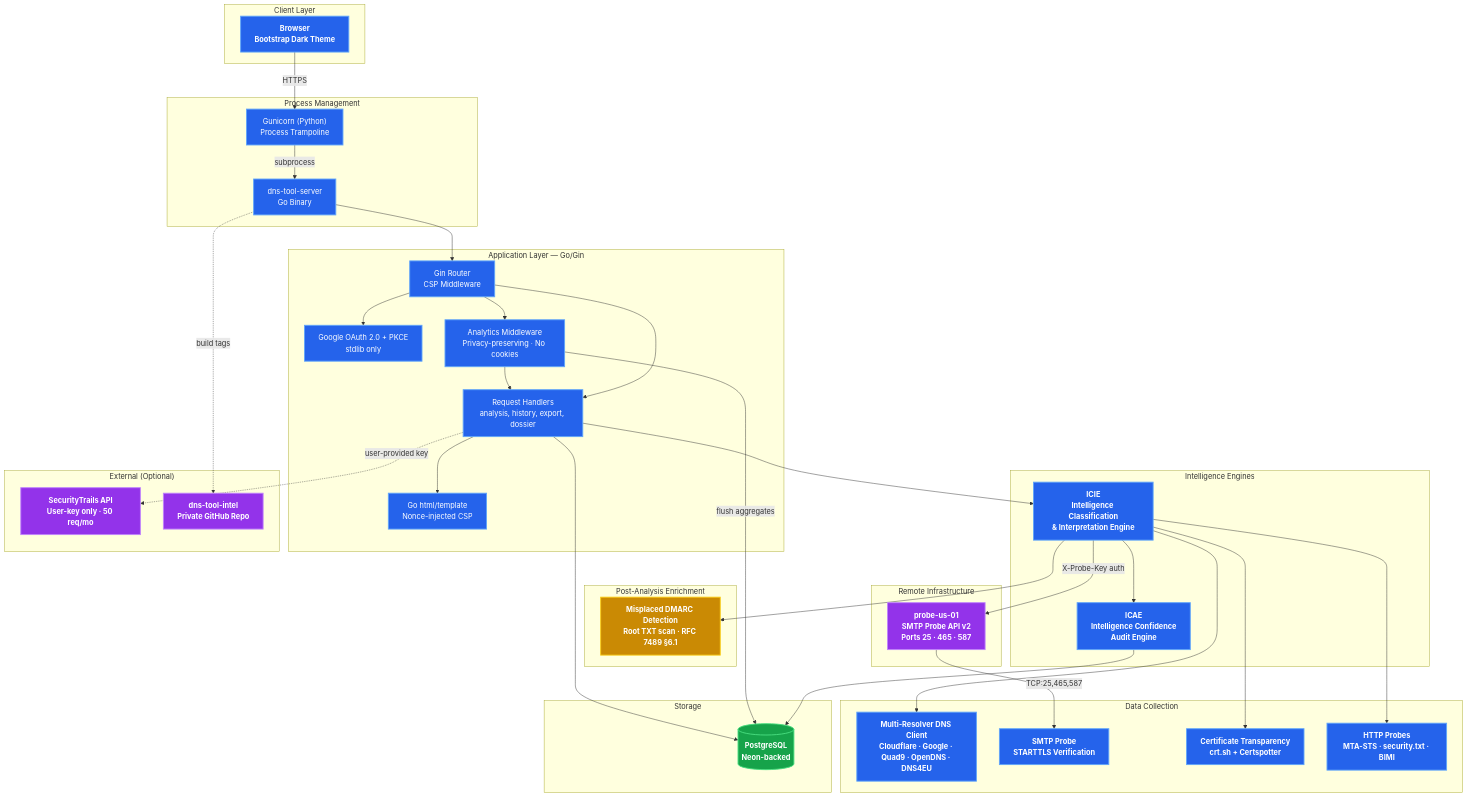
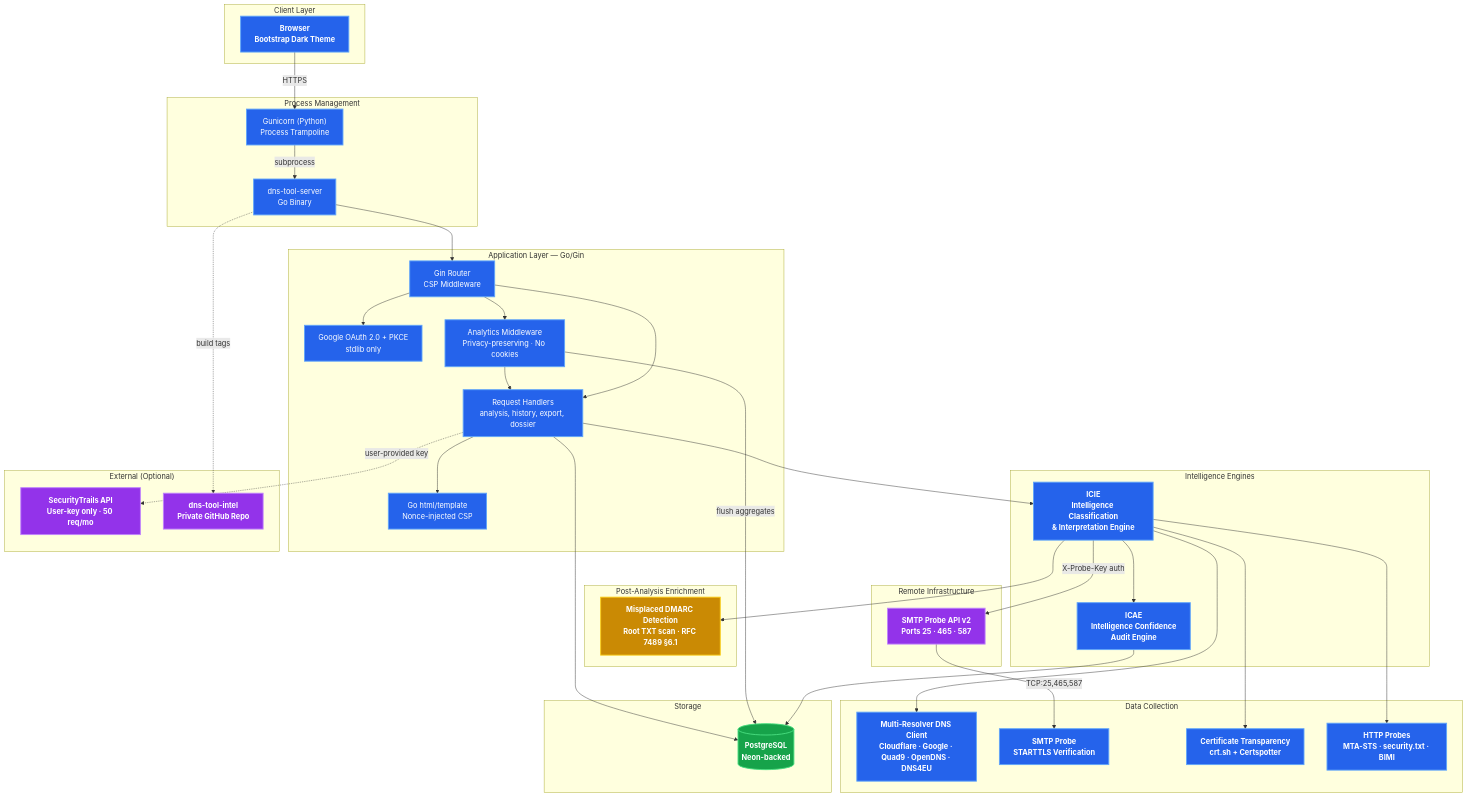
The first of 9 diagrams in docs/architecture/SYSTEM_ARCHITECTURE.md (IT-Help-San-Diego/dns-tool-intel), drawn with Mermaid before and after one commit. The commit also changed other lines of this file and 5 other files, not shown here.

```diff
--- a/docs/architecture/SYSTEM_ARCHITECTURE.md
+++ b/docs/architecture/SYSTEM_ARCHITECTURE.md
@@ -38,7 +38,7 @@
     end
 
     subgraph "Remote Infrastructure"
-        ProbeServer["probe-us-01<br/>SMTP Probe API v2<br/>Ports 25 · 465 · 587"]
+        ProbeServer["SMTP Probe API v2<br/>Ports 25 · 465 · 587"]
     end
 
     subgraph "Storage"
```
